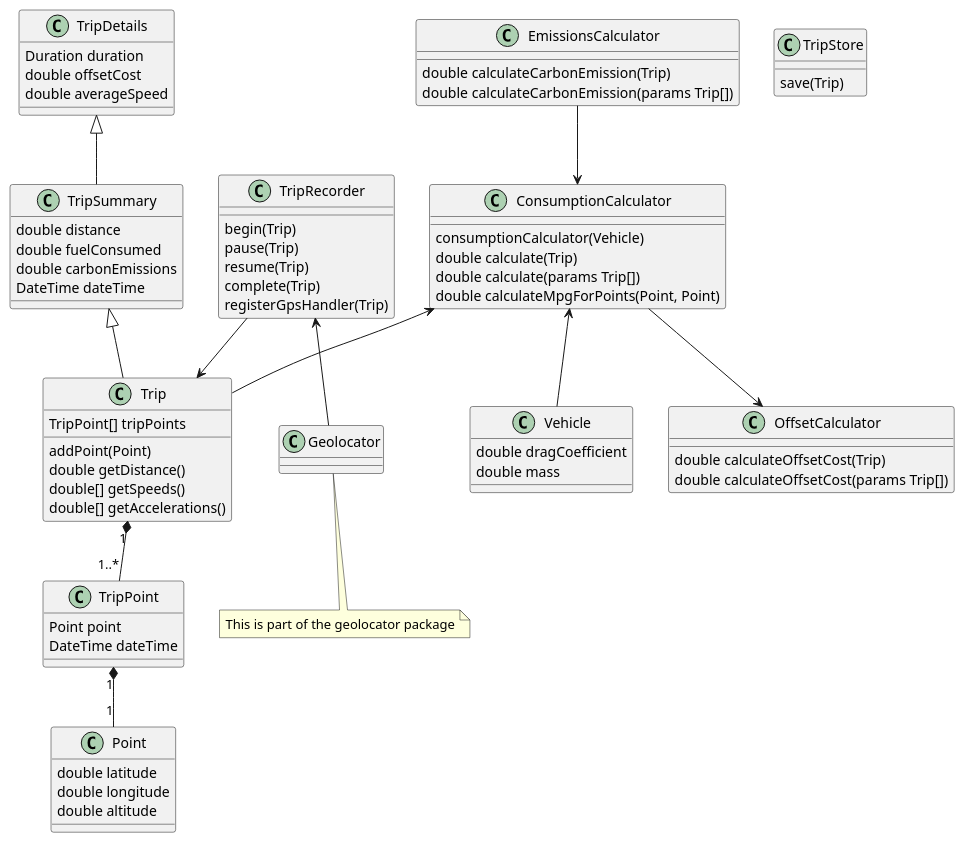
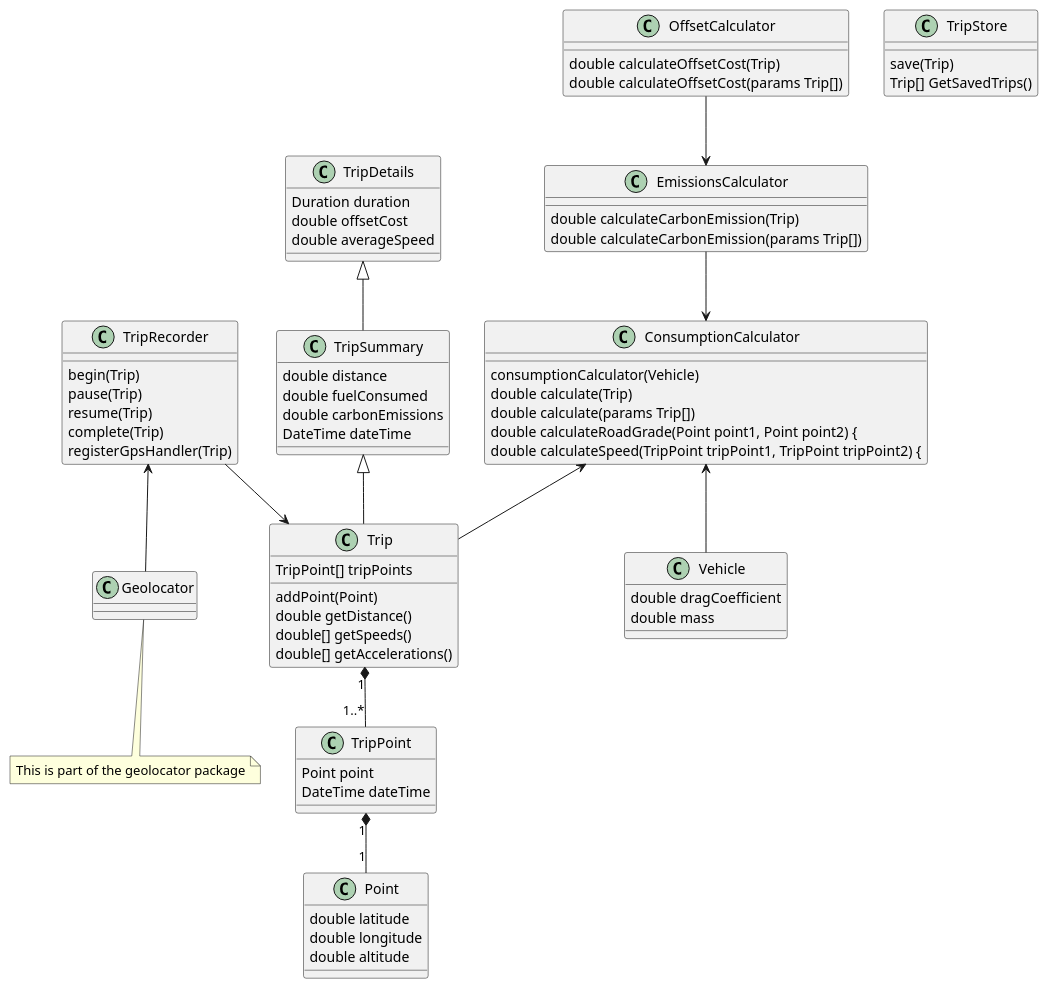
One commit to Jmorjsm/emissions-offset changed the diagram in docs/design_uml.md. Above: the diagram before and after it, drawn with PlantUML.

Commit message:
updating uml

```diff
--- a/docs/design_uml.md
+++ b/docs/design_uml.md
@@ -1,76 +1,80 @@
 @startuml
 'Basic models
 class Point
 Point : double latitude
 Point : double longitude
 Point : double altitude
 
 class TripPoint
 TripPoint : Point point
 TripPoint : DateTime dateTime
 TripPoint "1" *-- "1" Point
 
 class Vehicle
 Vehicle : double dragCoefficient
 Vehicle : double mass
 
 class Trip
 Trip : TripPoint[] tripPoints
 Trip : addPoint(Point)
 Trip : double getDistance()
 Trip : double[] getSpeeds()
 Trip : double[] getAccelerations()
 Trip "1" *-- "1..*" TripPoint
 'TODO add TripDetails and TripSummary inheriting from Trip
 
 class TripSummary
 TripSummary : double distance
 TripSummary : double fuelConsumed
 TripSummary : double carbonEmissions
 TripSummary : DateTime dateTime
 TripSummary <|-- Trip
 
 class TripDetails
 TripDetails : Duration duration
 TripDetails : double offsetCost
 TripDetails : double averageSpeed
 TripDetails <|-- TripSummary
 
 'Trip recording
 'TODO add communication here with geolocator module
 class TripRecorder
 TripRecorder : begin(Trip)
 TripRecorder : pause(Trip)
 TripRecorder : resume(Trip)
 TripRecorder : complete(Trip)
 TripRecorder : registerGpsHandler(Trip)
 TripRecorder --> Trip
 TripRecorder <-- Geolocator
 
+class Geolocator
+note "This is part of the geolocator package" as NGeolocator1
+Geolocator .. NGeolocator1
+
 class TripStore
 TripStore : save(Trip)
+TripStore : Trip[] GetSavedTrips()
 
 'Fuel Consumption
 class ConsumptionCalculator
 ConsumptionCalculator : consumptionCalculator(Vehicle)
 ConsumptionCalculator : double calculate(Trip)
 ConsumptionCalculator : double calculate(params Trip[])
-ConsumptionCalculator : double calculateMpgForPoints(Point, Point)
+ConsumptionCalculator : double calculateRoadGrade(Point point1, Point point2) {
+ConsumptionCalculator : double calculateSpeed(TripPoint tripPoint1, TripPoint tripPoint2) {
 ConsumptionCalculator <-- Trip
 ConsumptionCalculator <-- Vehicle
 
 'Offset calculation
 class EmissionsCalculator
 EmissionsCalculator : double calculateCarbonEmission(Trip)
 EmissionsCalculator : double calculateCarbonEmission(params Trip[])
 EmissionsCalculator --> ConsumptionCalculator
 
 class OffsetCalculator
 OffsetCalculator : double calculateOffsetCost(Trip)
 OffsetCalculator : double calculateOffsetCost(params Trip[])
-ConsumptionCalculator --> OffsetCalculator
+OffsetCalculator --> EmissionsCalculator
 
-class Geolocator
-note "This is part of the geolocator package" as NGeolocator1
-Geolocator .. NGeolocator1
+
 @enduml
```
